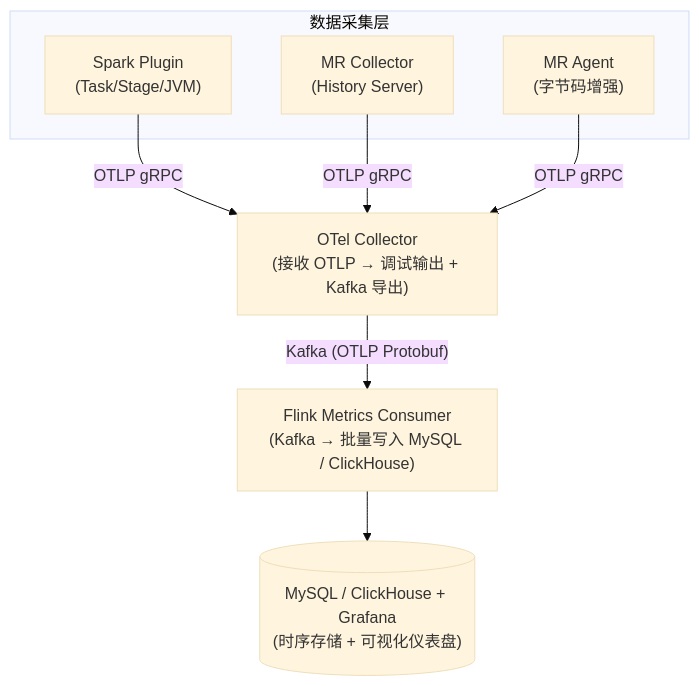
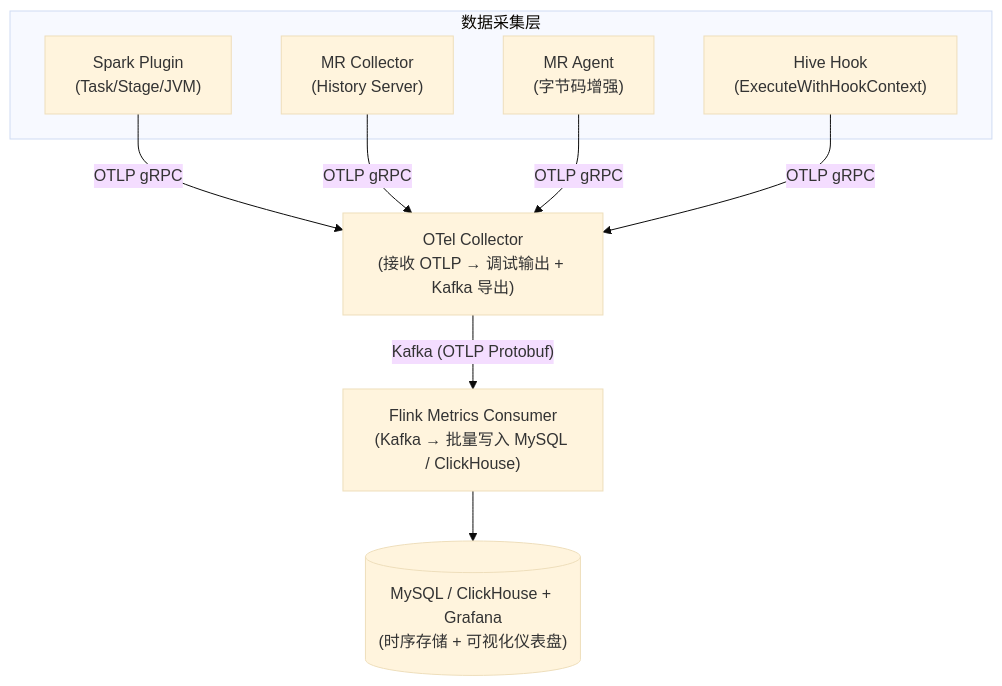
Before and after one commit to xmg333/hadoop-telemetry-stack: the diagram in docs/deployment-guide.md, drawn with Mermaid (base theme). The commit also changed other lines of this file and 11 other files, not shown here.

First line of the commit message:
docs: add diagnostic tool and hive hook documentation

````diff
--- a/docs/deployment-guide.md
+++ b/docs/deployment-guide.md
@@ -28,19 +30,21 @@
 ```mermaid
 graph TD
     subgraph 数据采集层
         SP["Spark Plugin<br/>(Task/Stage/JVM)"]
         MR["MR Collector<br/>(History Server)"]
         MA["MR Agent<br/>(字节码增强)"]
+        HH["Hive Hook<br/>(ExecuteWithHookContext)"]
     end
 
     SP -- OTLP gRPC --> OTel
     MR -- OTLP gRPC --> OTel
     MA -- OTLP gRPC --> OTel
+    HH -- OTLP gRPC --> OTel
 
     OTel["OTel Collector<br/>(接收 OTLP → 调试输出 + Kafka 导出)"]
     Flink["Flink Metrics Consumer<br/>(Kafka → 批量写入 MySQL / ClickHouse)"]
     DB[("MySQL / ClickHouse + Grafana<br/>(时序存储 + 可视化仪表盘)")]
 
     OTel -- "Kafka (OTLP Protobuf)" --> Flink
     Flink --> DB
 ```
````
